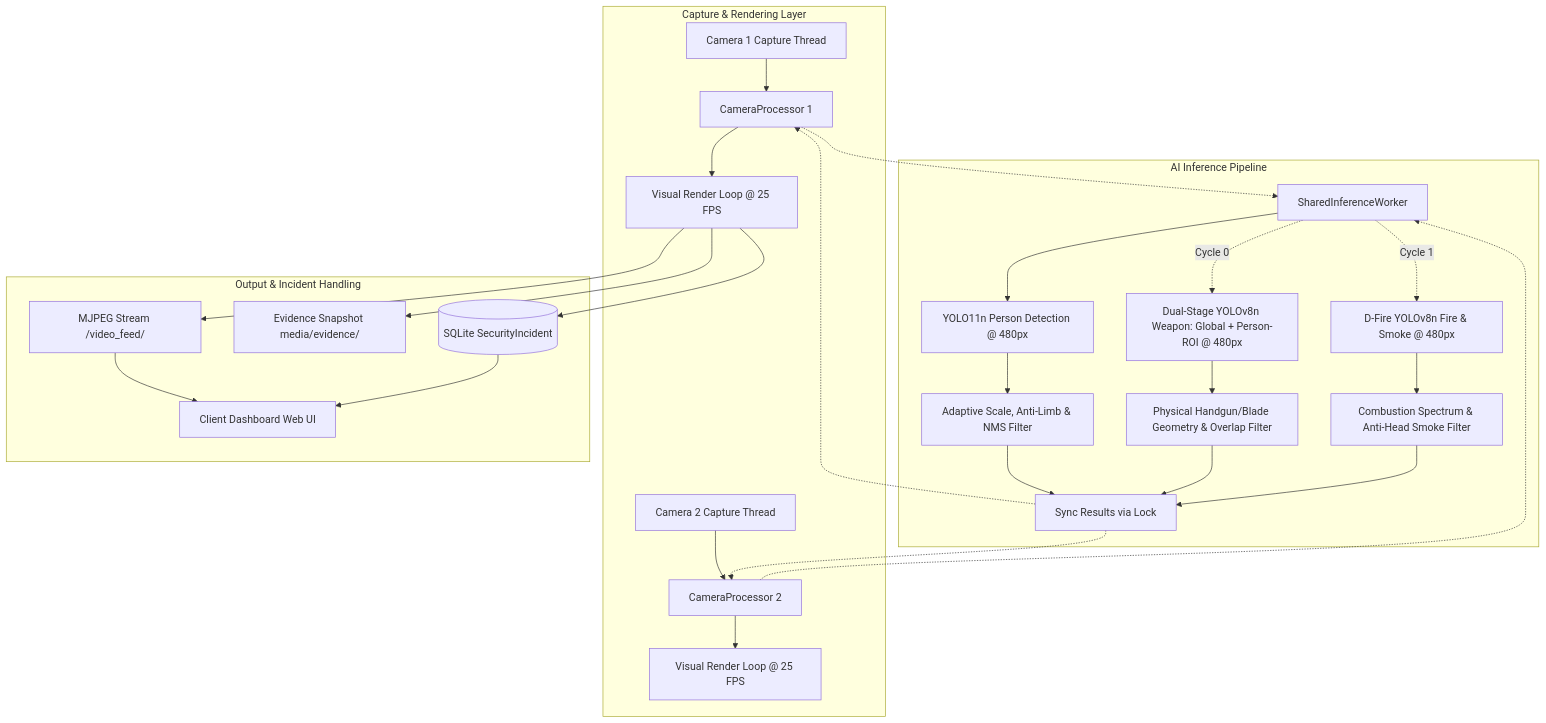
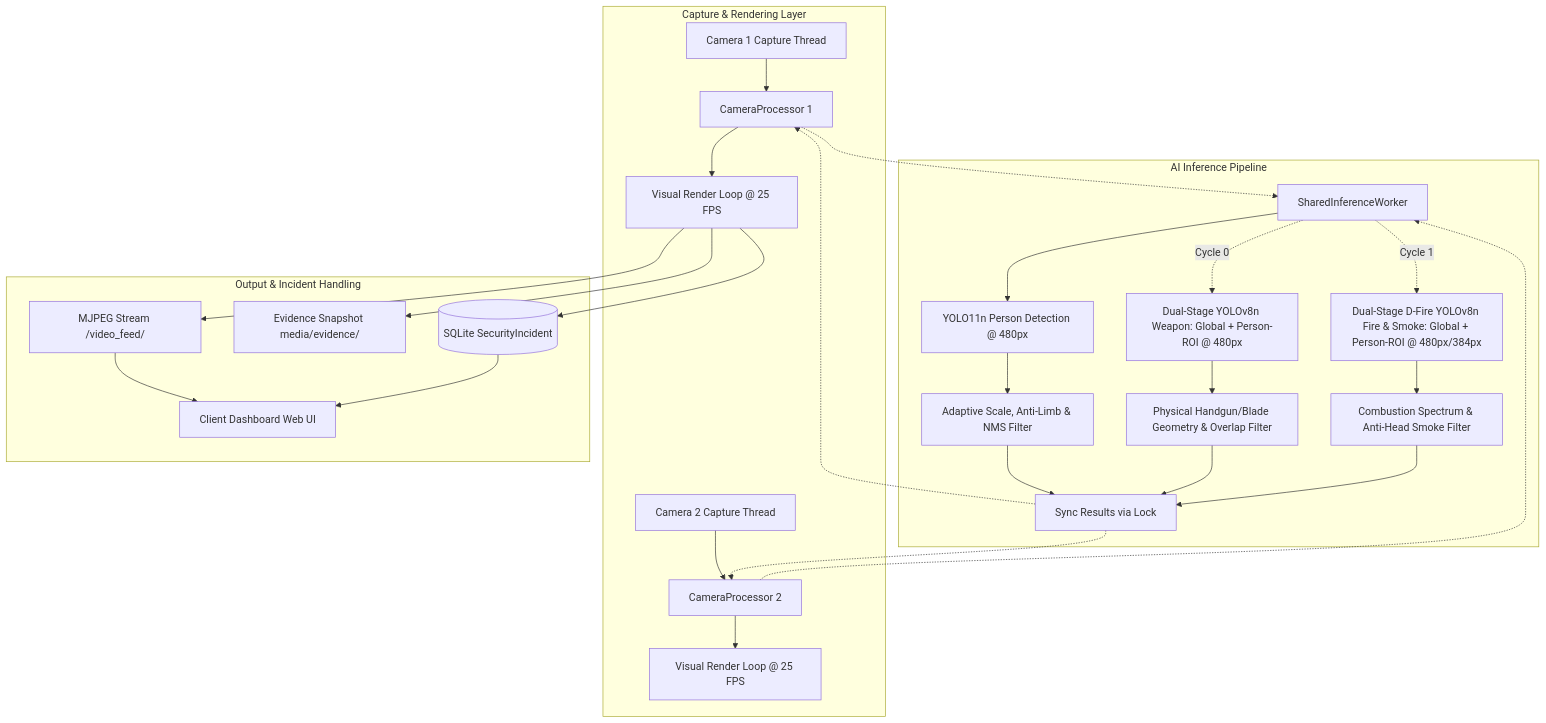
Before and after one commit to Sahil-2005/SmartVideoSurveillance: the diagram in README.md, drawn with Mermaid. The commit also changed other lines of this file and 2 other files, not shown here.

````diff
--- a/README.md
+++ b/README.md
@@ -105,33 +109,33 @@
 ```mermaid
 flowchart TD
     subgraph Capture & Rendering Layer
         Cam1[Camera 1 Capture Thread] --> Proc1[CameraProcessor 1]
         Cam2[Camera 2 Capture Thread] --> Proc2[CameraProcessor 2]
         Proc1 --> Render1[Visual Render Loop @ 25 FPS]
         Proc2 --> Render2[Visual Render Loop @ 25 FPS]
     end
 
     subgraph AI Inference Pipeline
         Proc1 -.-> Worker[SharedInferenceWorker]
         Proc2 -.-> Worker
         Worker --> YOLOPerson[YOLO11n Person Detection @ 480px]
         Worker -. Cycle 0 .-> YOLOWeapon[Dual-Stage YOLOv8n Weapon: Global + Person-ROI @ 480px]
-        Worker -. Cycle 1 .-> YOLOFire[D-Fire YOLOv8n Fire & Smoke @ 480px]
+        Worker -. Cycle 1 .-> YOLOFire[Dual-Stage D-Fire YOLOv8n Fire & Smoke: Global + Person-ROI @ 480px/384px]
         YOLOPerson --> PersonFilter[Adaptive Scale, Anti-Limb & NMS Filter]
         YOLOWeapon --> WeaponFilter[Physical Handgun/Blade Geometry & Overlap Filter]
         YOLOFire --> FireFilter[Combustion Spectrum & Anti-Head Smoke Filter]
         PersonFilter --> Sync[Sync Results via Lock]
         WeaponFilter --> Sync
         FireFilter --> Sync
         Sync -.-> Proc1
         Sync -.-> Proc2
     end
 
     subgraph Output & Incident Handling
         Render1 --> Stream[MJPEG Stream /video_feed/]
         Render1 --> Snap[Evidence Snapshot media/evidence/]
         Render1 --> DB[(SQLite SecurityIncident)]
         Stream --> Browser[Client Dashboard Web UI]
         DB --> Browser
     end
 ```
````
